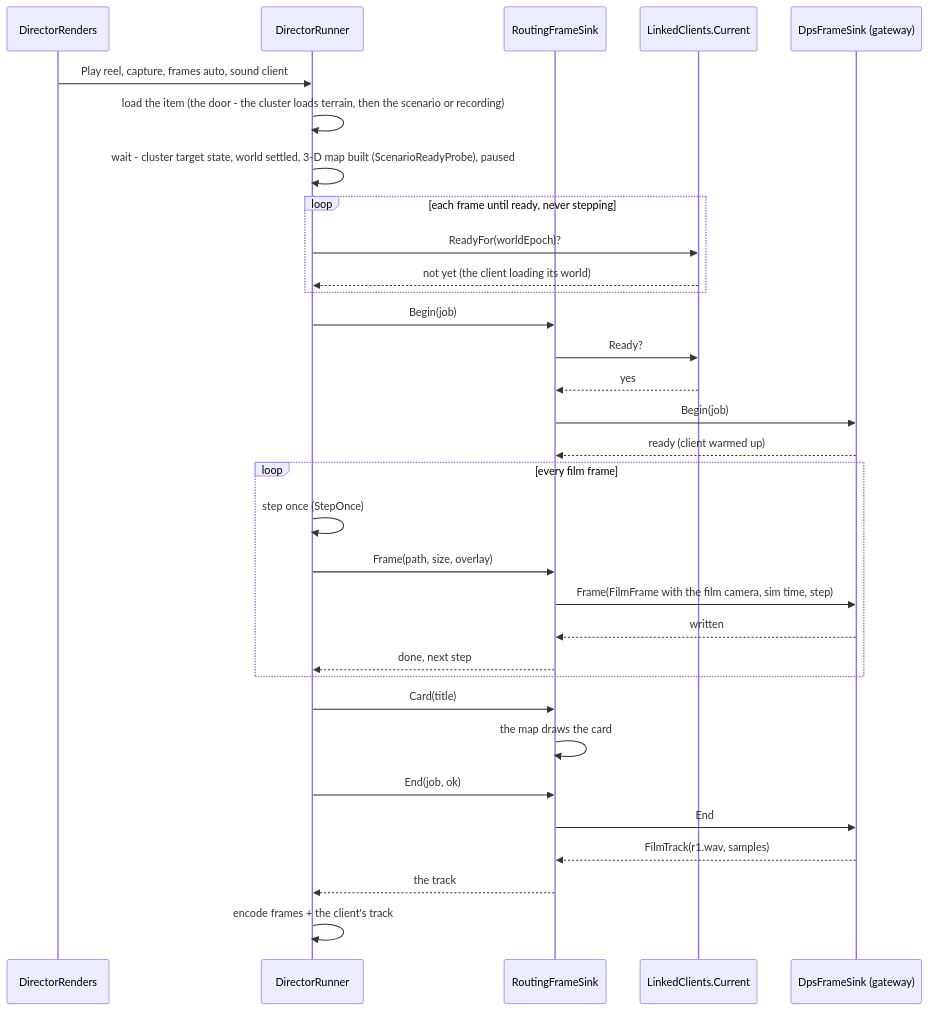
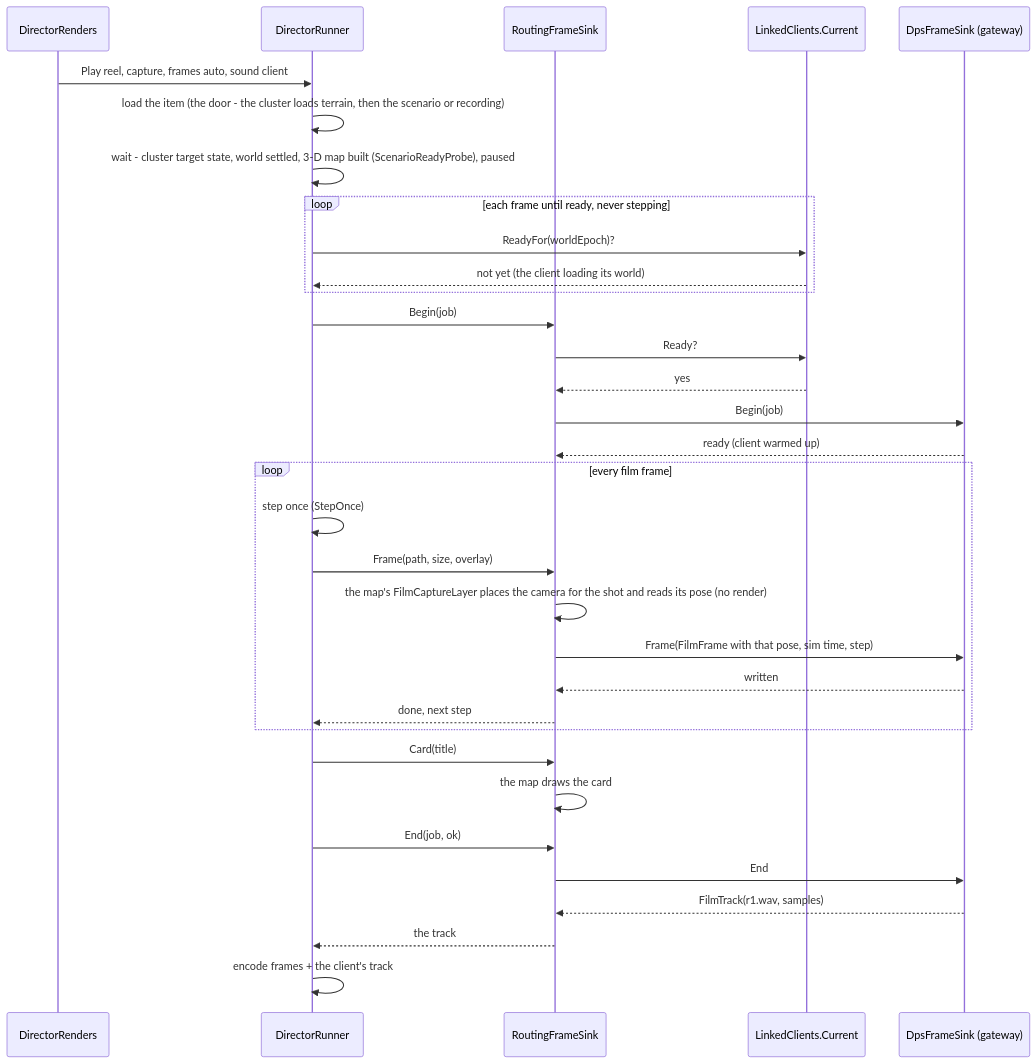
The third of 5 diagrams in docs/designs/IG/DESIGN_Linked_Client_Director.md (pjanec/HROT), drawn with Mermaid before and after one commit. The commit also changed other lines of this file and 1 other file, not shown here.

Commit message:
CE-11018: F realised through the map's film layer - the frame's pose is the one FilmCaptureLayer would render (measured: FilmStudio holds the shot spec); a 2-D shot is refused for the linked client
Claude-Session: https://claude.ai/code/session_01LFZqNkpk13fSVwoxif7U7u

````diff
--- a/docs/designs/IG/DESIGN_Linked_Client_Director.md
+++ b/docs/designs/IG/DESIGN_Linked_Client_Director.md
@@ -135,34 +135,35 @@
 ```mermaid
 sequenceDiagram
   participant Q as DirectorRenders
   participant R as DirectorRunner
   participant S as RoutingFrameSink
   participant X as LinkedClients.Current
   participant G as DpsFrameSink (gateway)
   Q->>R: Play reel, capture, frames auto, sound client
   R->>R: load the item (the door - the cluster loads terrain, then the scenario or recording)
   R->>R: wait - cluster target state, world settled, 3-D map built (ScenarioReadyProbe), paused
   loop each frame until ready, never stepping
     R->>X: ReadyFor(worldEpoch)?
     X-->>R: not yet (the client loading its world)
   end
   R->>S: Begin(job)
   S->>X: Ready?
   X-->>S: yes
   S->>G: Begin(job)
   G-->>S: ready (client warmed up)
   loop every film frame
     R->>R: step once (StepOnce)
     R->>S: Frame(path, size, overlay)
-    S->>G: Frame(FilmFrame with the film camera, sim time, step)
+    S->>S: the map's FilmCaptureLayer places the camera for the shot and reads its pose (no render)
+    S->>G: Frame(FilmFrame with that pose, sim time, step)
     G-->>S: written
     S-->>R: done, next step
   end
   R->>S: Card(title)
   S->>S: the map draws the card
   R->>S: End(job, ok)
   S->>G: End
   G-->>S: FilmTrack(r1.wav, samples)
   S-->>R: the track
   R->>R: encode frames + the client's track
 ```
````
